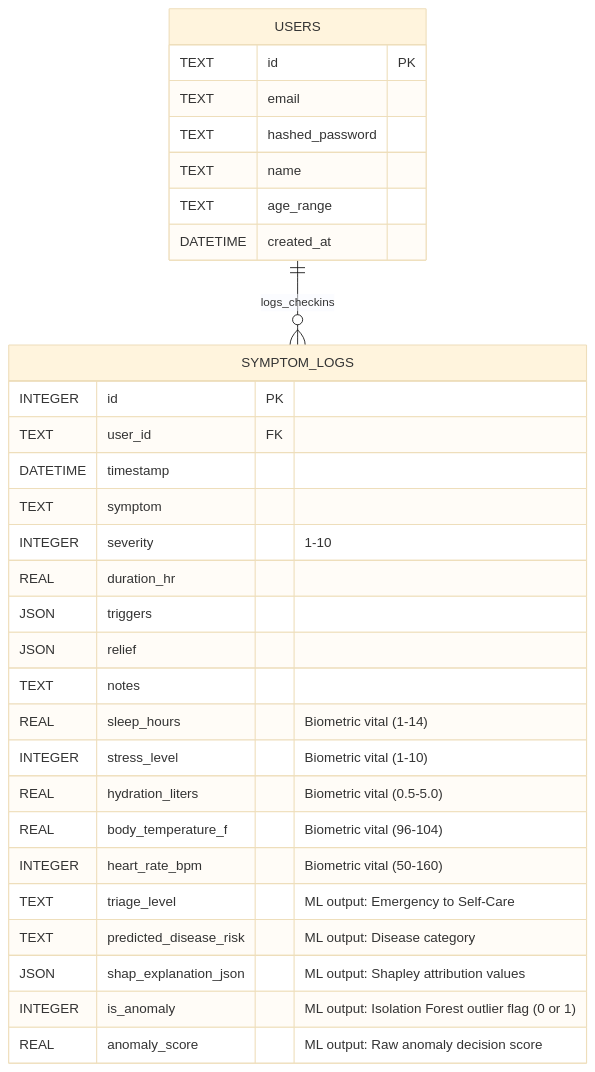
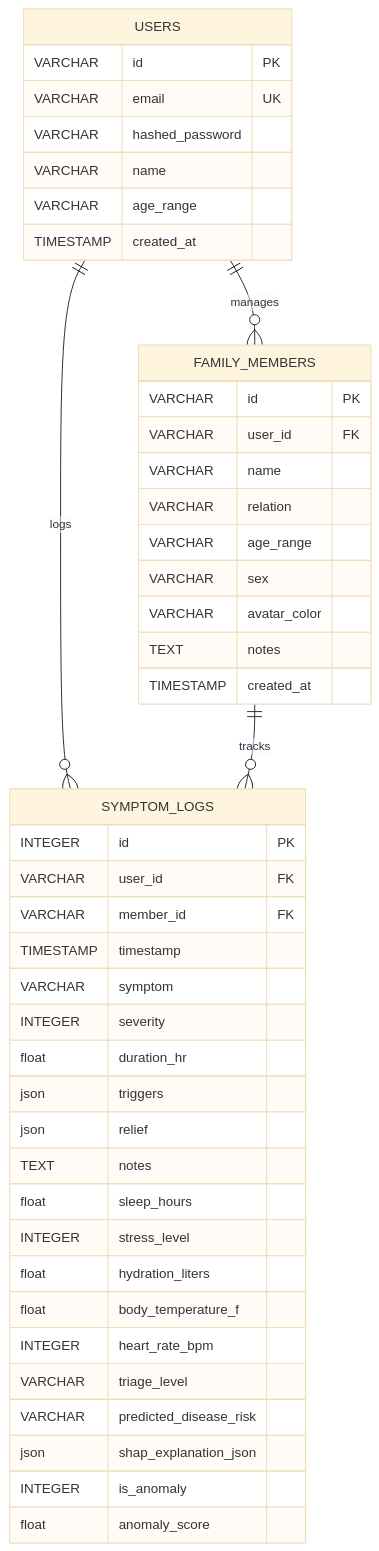
The second of 2 diagrams in README.md (rj9884/healthGuard), drawn with Mermaid (base theme) before and after one commit. The commit also changed other lines of this file, not shown here.

````diff
--- a/README.md
+++ b/README.md
@@ -253,35 +104,50 @@
 ```mermaid
 erDiagram
     USERS {
-        TEXT id PK
-        TEXT email
-        TEXT hashed_password
-        TEXT name
-        TEXT age_range
-        DATETIME created_at
+        VARCHAR id PK
+        VARCHAR email UK
+        VARCHAR hashed_password
+        VARCHAR name
+        VARCHAR age_range
+        TIMESTAMP created_at
+    }
+
+    FAMILY_MEMBERS {
+        VARCHAR id PK
+        VARCHAR user_id FK
+        VARCHAR name
+        VARCHAR relation
+        VARCHAR age_range
+        VARCHAR sex
+        VARCHAR avatar_color
+        TEXT notes
+        TIMESTAMP created_at
     }
 
     SYMPTOM_LOGS {
         INTEGER id PK
-        TEXT user_id FK
-        DATETIME timestamp
-        TEXT symptom
-        INTEGER severity "1-10"
-        REAL duration_hr
-        JSON triggers
-        JSON relief
+        VARCHAR user_id FK
+        VARCHAR member_id FK
+        TIMESTAMP timestamp
+        VARCHAR symptom
+        INTEGER severity
+        float duration_hr
+        json triggers
+        json relief
         TEXT notes
-        REAL sleep_hours "Biometric vital (1-14)"
-        INTEGER stress_level "Biometric vital (1-10)"
-        REAL hydration_liters "Biometric vital (0.5-5.0)"
-        REAL body_temperature_f "Biometric vital (96-104)"
-        INTEGER heart_rate_bpm "Biometric vital (50-160)"
-        TEXT triage_level "ML output: Emergency to Self-Care"
-        TEXT predicted_disease_risk "ML output: Disease category"
-        JSON shap_explanation_json "ML output: Shapley attribution values"
-        INTEGER is_anomaly "ML output: Isolation Forest outlier flag (0 or 1)"
-        REAL anomaly_score "ML output: Raw anomaly decision score"
+        float sleep_hours
+        INTEGER stress_level
+        float hydration_liters
+        float body_temperature_f
+        INTEGER heart_rate_bpm
+        VARCHAR triage_level
+        VARCHAR predicted_disease_risk
+        json shap_explanation_json
+        INTEGER is_anomaly
+        float anomaly_score
     }
 
-    USERS ||--o{ SYMPTOM_LOGS : "logs_checkins"
+    USERS ||--o{ FAMILY_MEMBERS : "manages"
+    USERS ||--o{ SYMPTOM_LOGS : "logs"
+    FAMILY_MEMBERS ||--o{ SYMPTOM_LOGS : "tracks"
 ```
````
